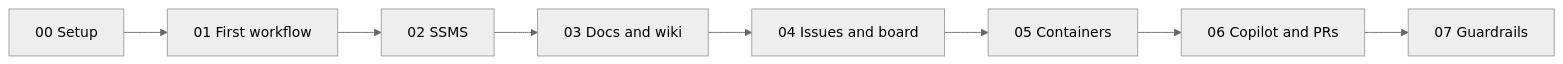
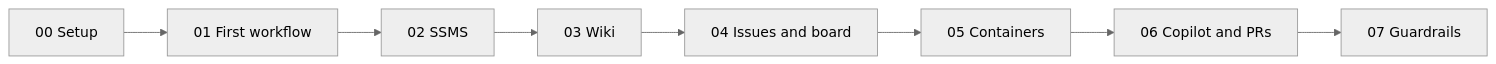
Before and after one commit to amyabelsql/DayOfData_Portland_2026: the diagram in README.md, drawn with Mermaid (neutral theme). The commit also changed other lines of this file and 7 other files, not shown here.

````diff
--- a/README.md
+++ b/README.md
@@ -7,5 +7,5 @@
 ```mermaid
 flowchart LR
-    S00[00 Setup] --> S01[01 First workflow] --> S02[02 SSMS] --> S03[03 Docs and wiki]
+    S00[00 Setup] --> S01[01 First workflow] --> S02[02 SSMS] --> S03[03 Wiki]
     S03 --> S04[04 Issues and board] --> S05[05 Containers] --> S06[06 Copilot and PRs] --> S07[07 Guardrails]
 ```
````
